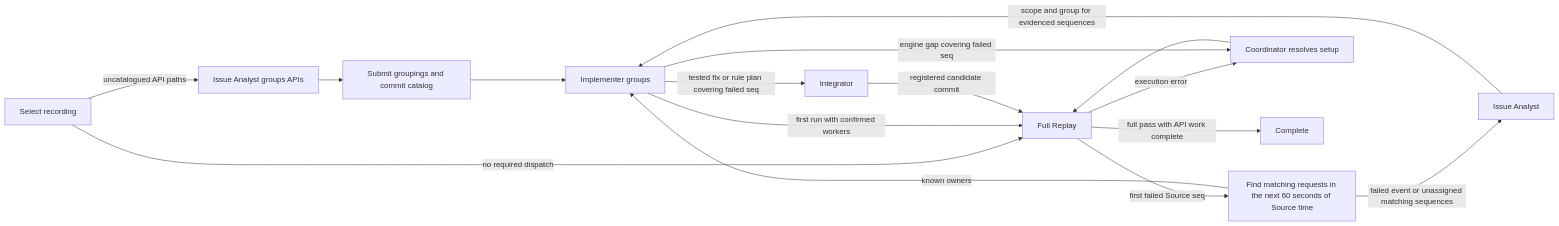
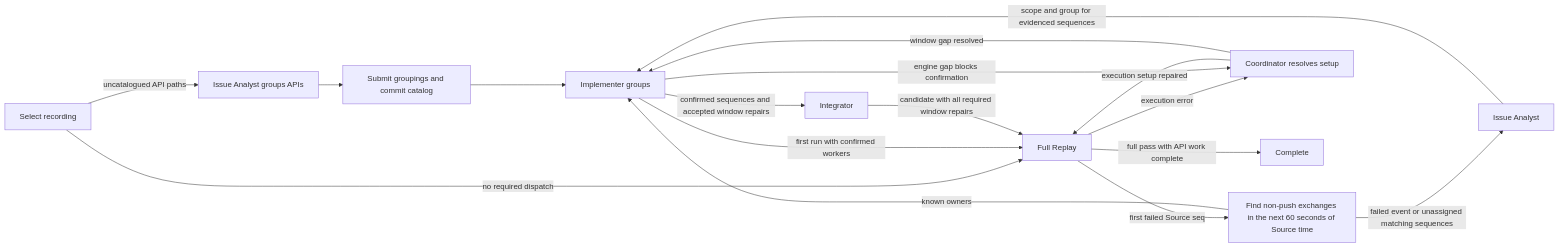
Before and after one commit to we-b0ts/be-engine: the diagram in docs/session-regression.md, drawn with Mermaid. The commit also changed other lines of this file and 25 other files, not shown here.

Commit message:
feat(replay): gate retries on full-window sequence confirmation

````diff
--- a/docs/session-regression.md
+++ b/docs/session-regression.md
@@ -192,18 +190,19 @@
 ```mermaid
 flowchart LR
     select[Select recording] -->|uncatalogued API paths| grouping[Issue Analyst groups APIs]
     grouping --> catalog[Submit groupings and commit catalog]
     catalog --> work[Implementer groups]
     select -->|no required dispatch| replay[Full Replay]
     work -->|first run with confirmed workers| replay
-    replay -->|first failed Source seq| window[Find matching requests in the next 60 seconds of Source time]
+    replay -->|first failed Source seq| window[Find non-push exchanges in the next 60 seconds of Source time]
     window -->|known owners| work
     window -->|failed event or unassigned matching sequences| analysis[Issue Analyst]
     analysis -->|scope and group for evidenced sequences| work
     replay -->|execution error| setup[Coordinator resolves setup]
-    setup --> replay
-    work -->|engine gap covering failed seq| setup
-    work -->|tested fix or rule plan covering failed seq| integration[Integrator]
-    integration -->|registered candidate commit| replay
+    setup -->|execution setup repaired| replay
+    work -->|engine gap blocks confirmation| setup
+    setup -->|window gap resolved| work
+    work -->|confirmed sequences and accepted window repairs| integration[Integrator]
+    integration -->|candidate with all required window repairs| replay
     replay -->|full pass with API work complete| complete[Complete]
 ```
````
